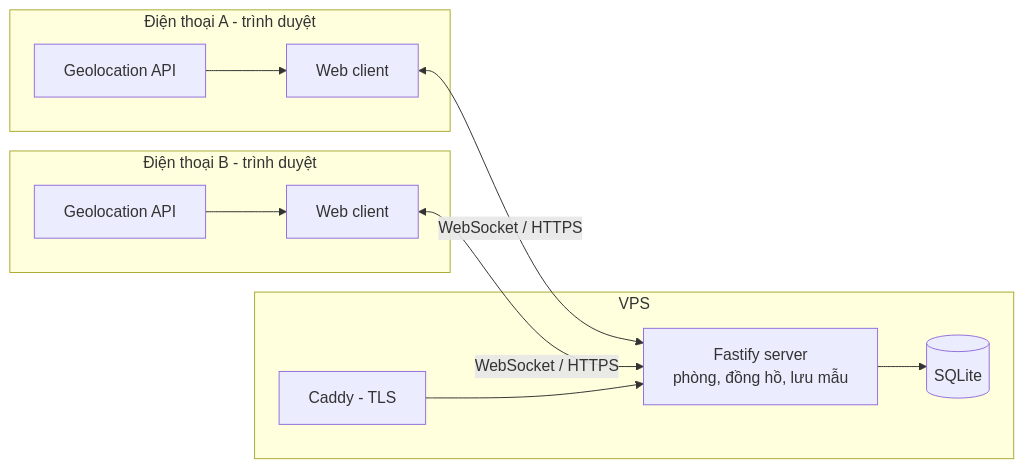
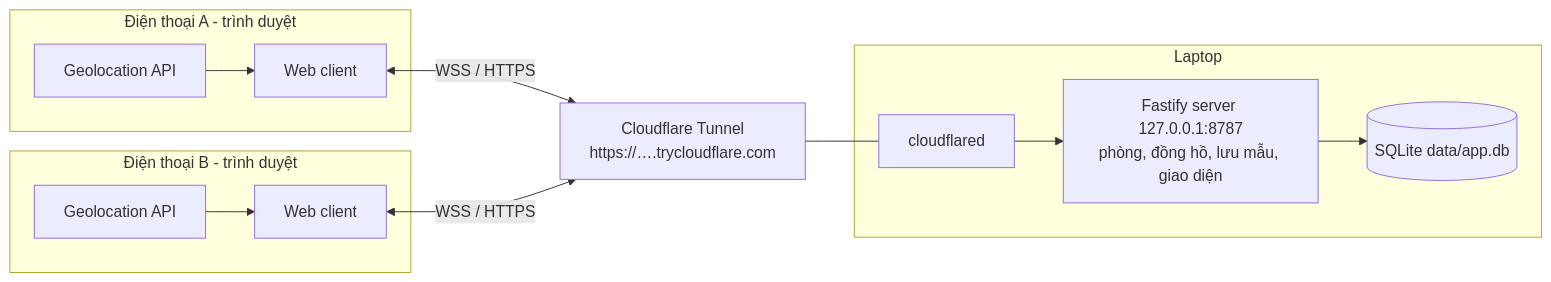
The first of 2 diagrams in docs/architecture.md (LucPham-BlueOC/RTK--positioning-system), drawn with Mermaid before and after one commit. The commit also changed other lines of this file and 79 other files, not shown here.

````diff
--- a/docs/architecture.md
+++ b/docs/architecture.md
@@ -16,15 +17,16 @@
 ```mermaid
 flowchart LR
   subgraph PhoneA[Điện thoại A - trình duyệt]
     GA[Geolocation API] --> CA[Web client]
   end
   subgraph PhoneB[Điện thoại B - trình duyệt]
     GB[Geolocation API] --> CB[Web client]
   end
-  CA <-- WebSocket / HTTPS --> S
-  CB <-- WebSocket / HTTPS --> S
-  subgraph Server[VPS]
-    C[Caddy - TLS] --> S[Fastify server<br/>phòng, đồng hồ, lưu mẫu]
-    S --> DB[(SQLite)]
+  CA <-- WSS / HTTPS --> CF[Cloudflare Tunnel<br/>https://….trycloudflare.com]
+  CB <-- WSS / HTTPS --> CF
+  subgraph Laptop[Laptop]
+    T[cloudflared] --> S[Fastify server 127.0.0.1:8787<br/>phòng, đồng hồ, lưu mẫu, giao diện]
+    S --> DB[(SQLite data/app.db)]
   end
+  CF --- T
 ```
````
